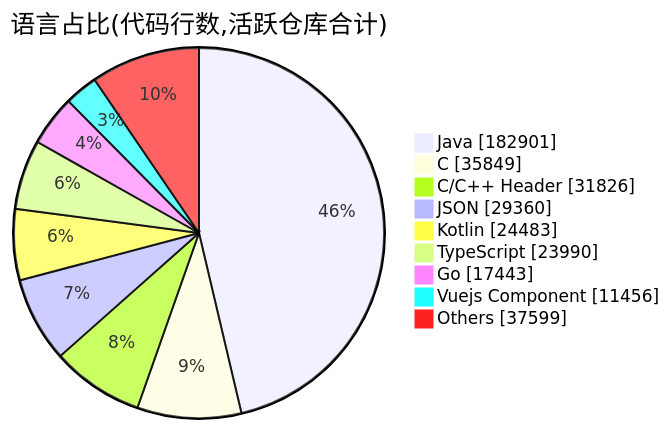
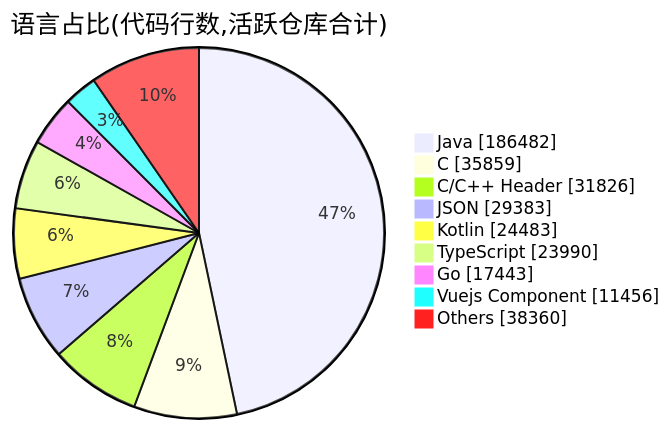
One commit to Conflux-Union/.github changed the second of 2 diagrams in profile/README.md. Above: the diagram before and after it, drawn with Mermaid. The commit also changed other lines of this file and 1 other file, not shown here.

````diff
--- a/profile/README.md
+++ b/profile/README.md
@@ -83,13 +83,13 @@
 ```mermaid
 pie showData
     title 语言占比(代码行数,活跃仓库合计)
-    "Java" : 182901
-    "C" : 35849
+    "Java" : 186482
+    "C" : 35859
     "C/C++ Header" : 31826
-    "JSON" : 29360
+    "JSON" : 29383
     "Kotlin" : 24483
     "TypeScript" : 23990
     "Go" : 17443
     "Vuejs Component" : 11456
-    "Others" : 37599
+    "Others" : 38360
 ```
````
